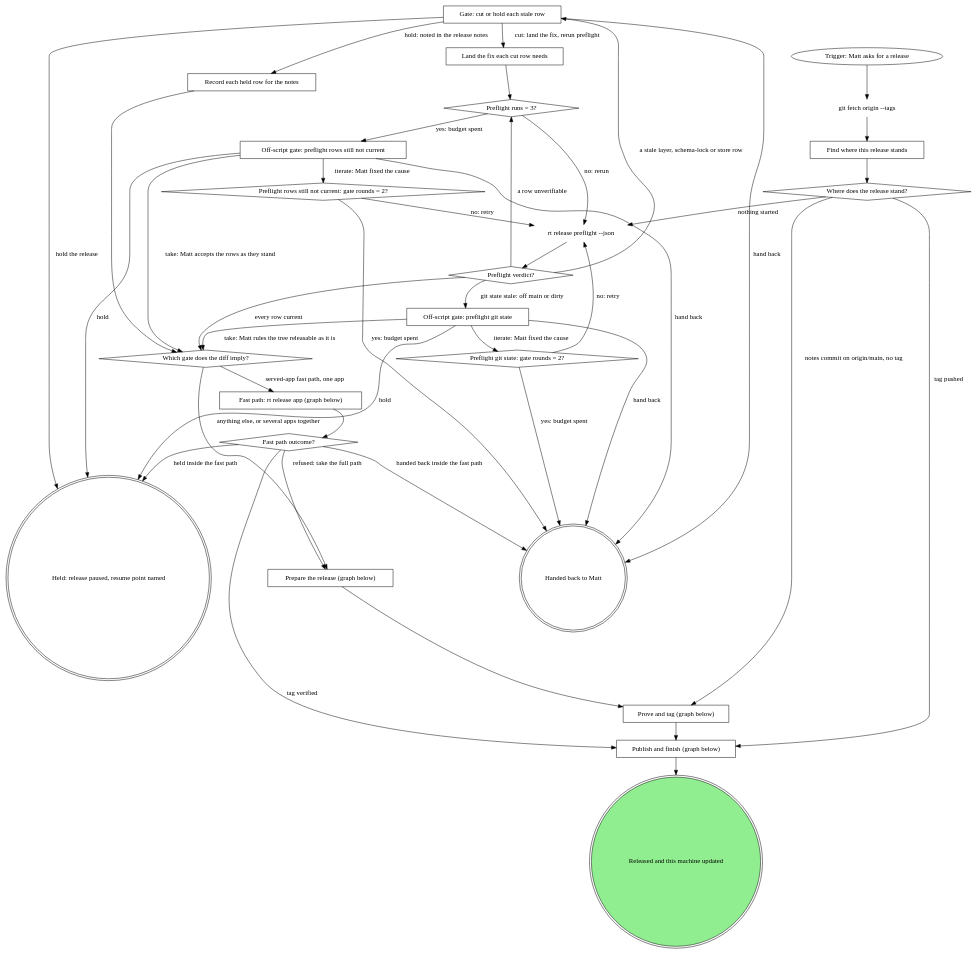
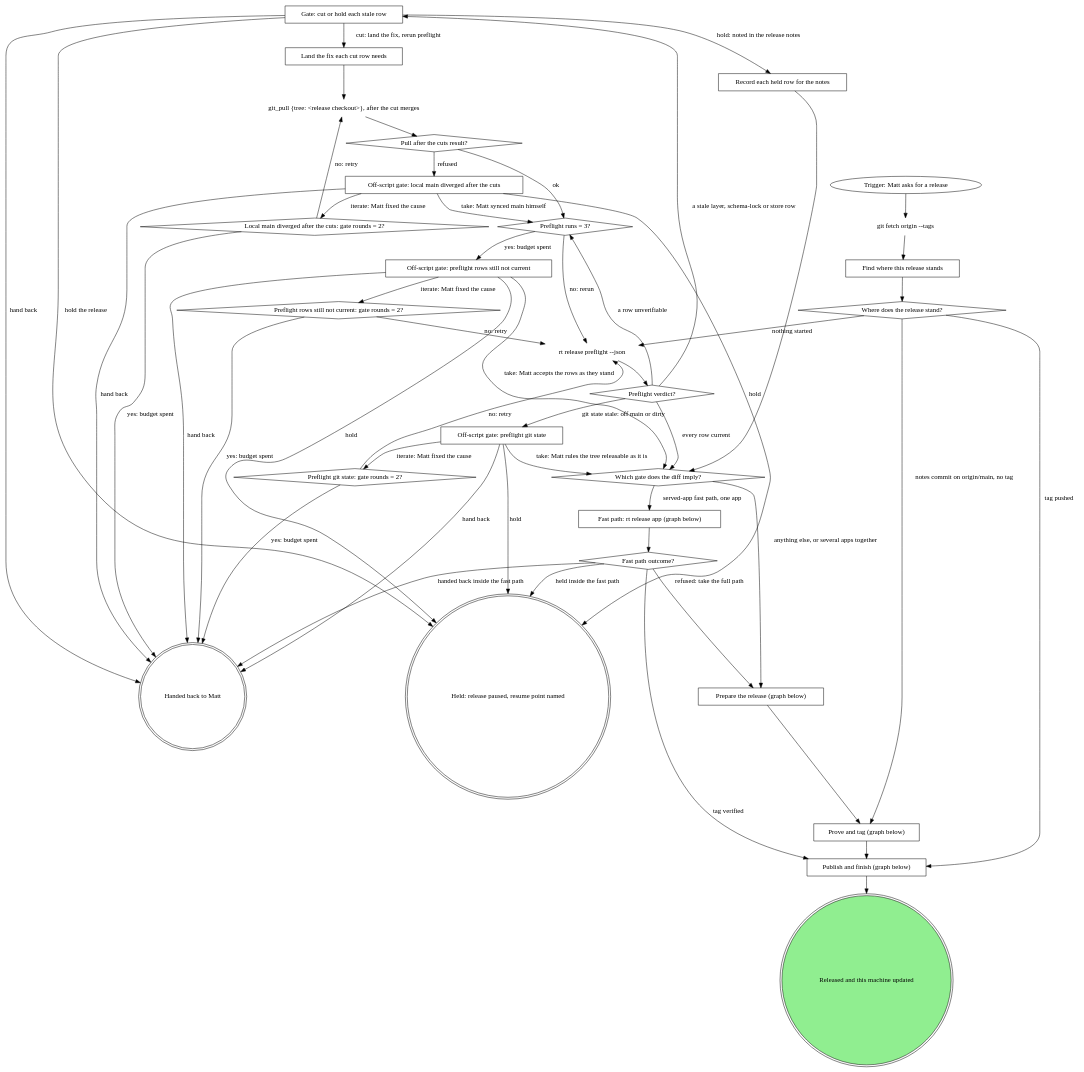
The first of 5 diagrams in skills/rt-release/SKILL.md (m4ttstack/mattstack), drawn with Graphviz before and after one commit. The commit also changed other lines of this file, not shown here.

Commit message:
rt-release: fix review round 1 (dispatch run lookup, resume on origin, sync main after merges)

```diff
--- a/skills/rt-release/SKILL.md
+++ b/skills/rt-release/SKILL.md
@@ -51,6 +51,10 @@
     "Preflight git state: gate rounds = 2?" [shape=diamond];
     "Off-script gate: preflight rows still not current" [shape=box];
     "Preflight rows still not current: gate rounds = 2?" [shape=diamond];
+    "git_pull {tree: <release checkout>}, after the cut merges" [shape=plaintext];
+    "Pull after the cuts result?" [shape=diamond];
+    "Off-script gate: local main diverged after the cuts" [shape=box];
+    "Local main diverged after the cuts: gate rounds = 2?" [shape=diamond];
 
     "Trigger: Matt asks for a release" -> "git fetch origin --tags";
     "git fetch origin --tags" -> "Find where this release stands";
@@ -81,7 +85,16 @@
     "Gate: cut or hold each stale row" -> "Record each held row for the notes" [label="hold: noted in the release notes"];
     "Gate: cut or hold each stale row" -> "Held: release paused, resume point named" [label="hold the release"];
     "Gate: cut or hold each stale row" -> "Handed back to Matt" [label="hand back"];
-    "Land the fix each cut row needs" -> "Preflight runs = 3?";
+    "Land the fix each cut row needs" -> "git_pull {tree: <release checkout>}, after the cut merges";
+    "git_pull {tree: <release checkout>}, after the cut merges" -> "Pull after the cuts result?";
+    "Pull after the cuts result?" -> "Preflight runs = 3?" [label="ok"];
+    "Off-script gate: local main diverged after the cuts" -> "Preflight runs = 3?" [label="take: Matt synced main himself"];
+    "Off-script gate: local main diverged after the cuts" -> "Local main diverged after the cuts: gate rounds = 2?" [label="iterate: Matt fixed the cause"];
+    "Off-script gate: local main diverged after the cuts" -> "Held: release paused, resume point named" [label="hold"];
+    "Off-script gate: local main diverged after the cuts" -> "Handed back to Matt" [label="hand back"];
+    "Local main diverged after the cuts: gate rounds = 2?" -> "git_pull {tree: <release checkout>}, after the cut merges" [label="no: retry"];
+    "Local main diverged after the cuts: gate rounds = 2?" -> "Handed back to Matt" [label="yes: budget spent"];
+    "Pull after the cuts result?" -> "Off-script gate: local main diverged after the cuts" [label="refused"];
     "Record each held row for the notes" -> "Which gate does the diff imply?";
     "Which gate does the diff imply?" -> "Fast path: rt release app (graph below)" [label="served-app fast path, one app"];
     "Which gate does the diff imply?" -> "Prepare the release (graph below)" [label="anything else, or several apps together"];
```
